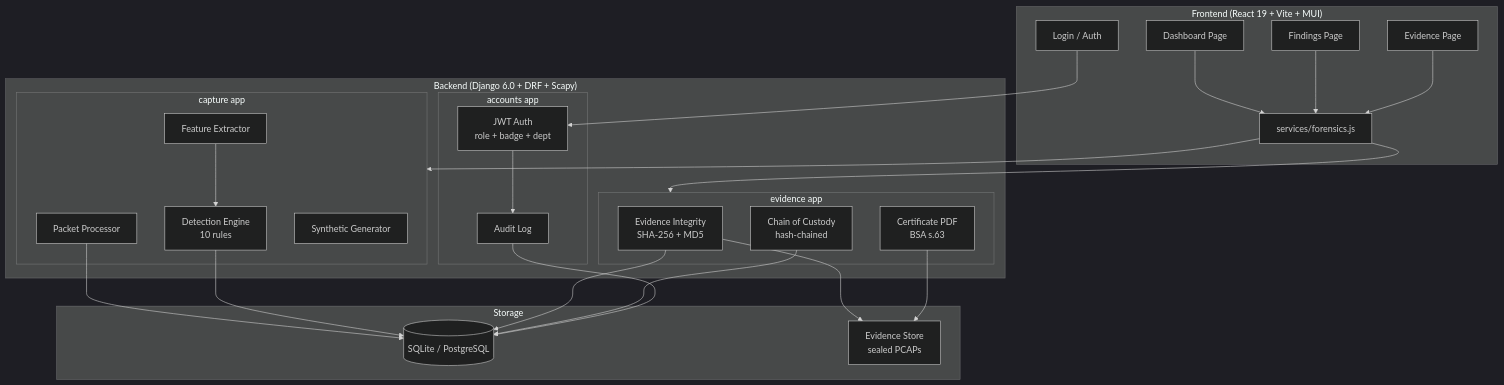
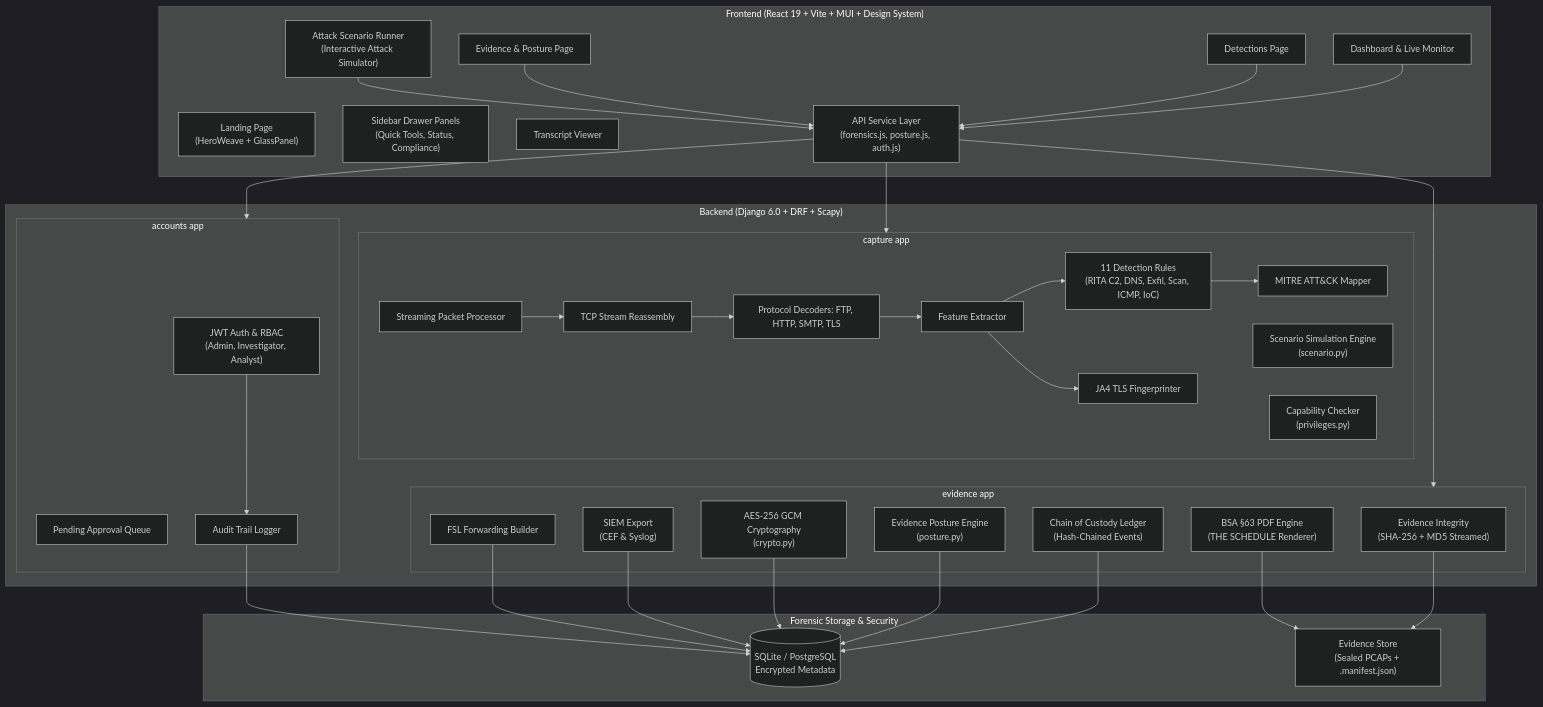
Before and after one commit to MuhammedZuhayr/NetForensiq: the second of 5 diagrams in README.md, drawn with Mermaid (dark theme). The commit also changed other lines of this file and 10 other files, not shown here.

First line of the commit message:
docs: update README with enhanced mermaid diagrams, BSA §63 legal workflows, and current engine metrics

````diff
--- a/README.md
+++ b/README.md
@@ -45,51 +52,68 @@
 ```mermaid
 graph TB
-    subgraph Frontend ["Frontend (React 19 + Vite + MUI)"]
-        FD[Dashboard Page]
-        FF[Findings Page]
-        FE[Evidence Page]
-        FL[Login / Auth]
-        FS["services/forensics.js"]
+    subgraph Frontend ["Frontend (React 19 + Vite + MUI + Design System)"]
+        UI_L["Landing Page<br/>(HeroWeave + GlassPanel)"]
+        UI_D[Dashboard & Live Monitor]
+        UI_F[Detections Page]
+        UI_E[Evidence & Posture Page]
+        UI_S["Sidebar Drawer Panels<br/>(Quick Tools, Status, Compliance)"]
+        UI_A["Attack Scenario Runner<br/>(Interactive Attack Simulator)"]
+        UI_T[Transcript Viewer]
+        API_C["API Service Layer<br/>(forensics.js, posture.js, auth.js)"]
     end
 
     subgraph Backend ["Backend (Django 6.0 + DRF + Scapy)"]
-        subgraph Capture ["capture app"]
-            PR[Packet Processor]
-            FX[Feature Extractor]
-            DE[Detection Engine<br/>10 rules]
-            SY[Synthetic Generator]
+        subgraph CaptureApp ["capture app"]
+            PP[Streaming Packet Processor]
+            FE[Feature Extractor]
+            TR[TCP Stream Reassembly]
+            PD[Protocol Decoders: FTP, HTTP, SMTP, TLS]
+            JA4[JA4 TLS Fingerprinter]
+            DE["11 Detection Rules<br/>(RITA C2, DNS, Exfil, Scan, ICMP, IoC)"]
+            MA[MITRE ATT&CK Mapper]
+            SC["Scenario Simulation Engine<br/>(scenario.py)"]
+            PR["Capability Checker<br/>(privileges.py)"]
         end
-        subgraph Evidence ["evidence app"]
-            EI[Evidence Integrity<br/>SHA-256 + MD5]
-            CC[Chain of Custody<br/>hash-chained]
-            CP[Certificate PDF<br/>BSA s.63]
+
+        subgraph EvidenceApp ["evidence app"]
+            EI["Evidence Integrity<br/>(SHA-256 + MD5 Streamed)"]
+            CC["Chain of Custody Ledger<br/>(Hash-Chained Events)"]
+            EP["Evidence Posture Engine<br/>(posture.py)"]
+            CR["AES-256 GCM Cryptography<br/>(crypto.py)"]
+            PDF["BSA §63 PDF Engine<br/>(THE SCHEDULE Renderer)"]
+            SIEM["SIEM Export<br/>(CEF & Syslog)"]
+            FSL[FSL Forwarding Builder]
         end
-        subgraph Auth ["accounts app"]
-            AU[JWT Auth<br/>role + badge + dept]
-            AL[Audit Log]
+
+        subgraph AccountsApp ["accounts app"]
+            AUTH["JWT Auth & RBAC<br/>(Admin, Investigator, Analyst)"]
+            APPROV[Pending Approval Queue]
+            AUDIT[Audit Trail Logger]
         end
     end
 
-    subgraph Storage
-        DB[(SQLite / PostgreSQL)]
-        ES[Evidence Store<br/>sealed PCAPs]
+    subgraph Storage ["Forensic Storage & Security"]
+        DB[(SQLite / PostgreSQL<br/>Encrypted Metadata)]
+        ES["Evidence Store<br/>(Sealed PCAPs + .manifest.json)"]
     end
 
-    FL --> AU
-    FS --> Capture
-    FS --> Evidence
-    FD --> FS
-    FF --> FS
-    FE --> FS
+    UI_D --> API_C
+    UI_F --> API_C
+    UI_E --> API_C
+    UI_A --> API_C
+    API_C --> CaptureApp
+    API_C --> EvidenceApp
+    API_C --> AccountsApp
 
-    PR --> DB
-    FX --> DE
-    DE --> DB
+    PP --> TR --> PD --> FE --> DE
+    FE --> JA4
+    DE --> MA
     EI --> ES
-    EI --> DB
     CC --> DB
-    CP --> ES
-
-    AU --> AL
-    AL --> DB
+    EP --> DB
+    CR --> DB
+    PDF --> ES
+    SIEM --> DB
+    FSL --> DB
+    AUTH --> AUDIT --> DB
 ```
````
